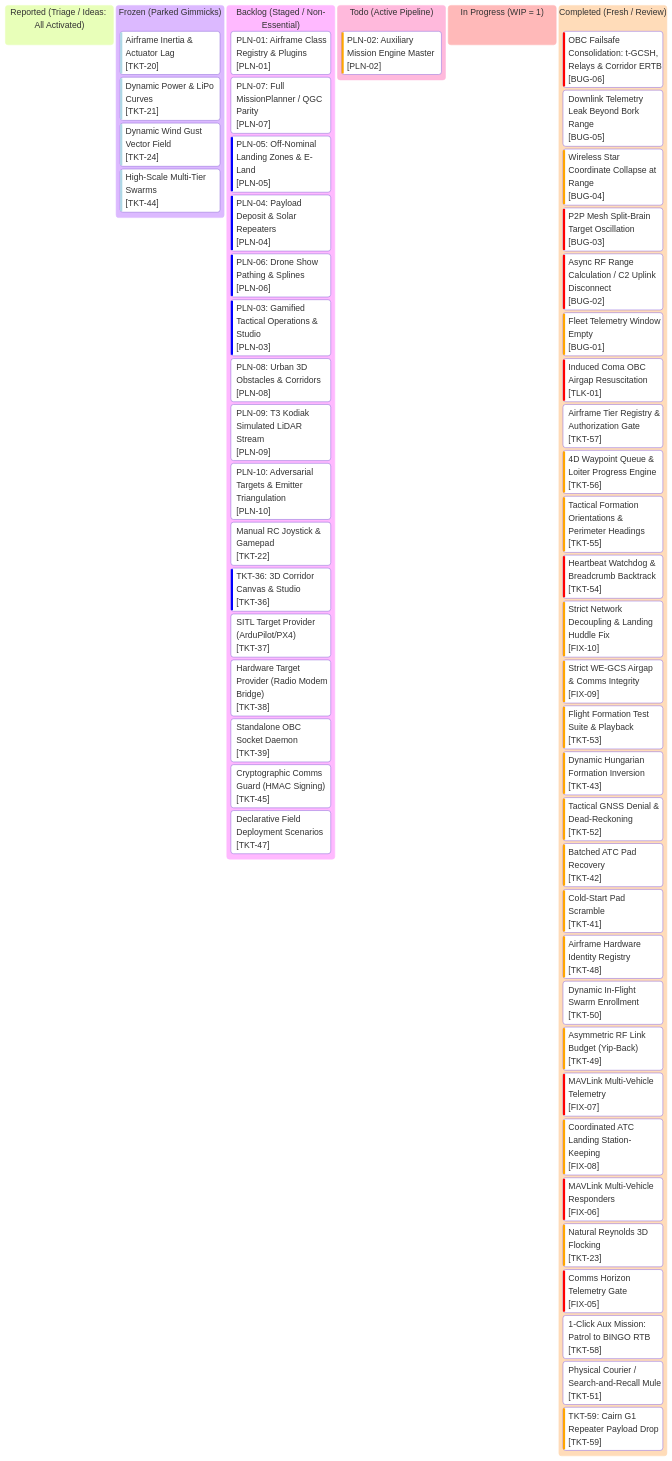
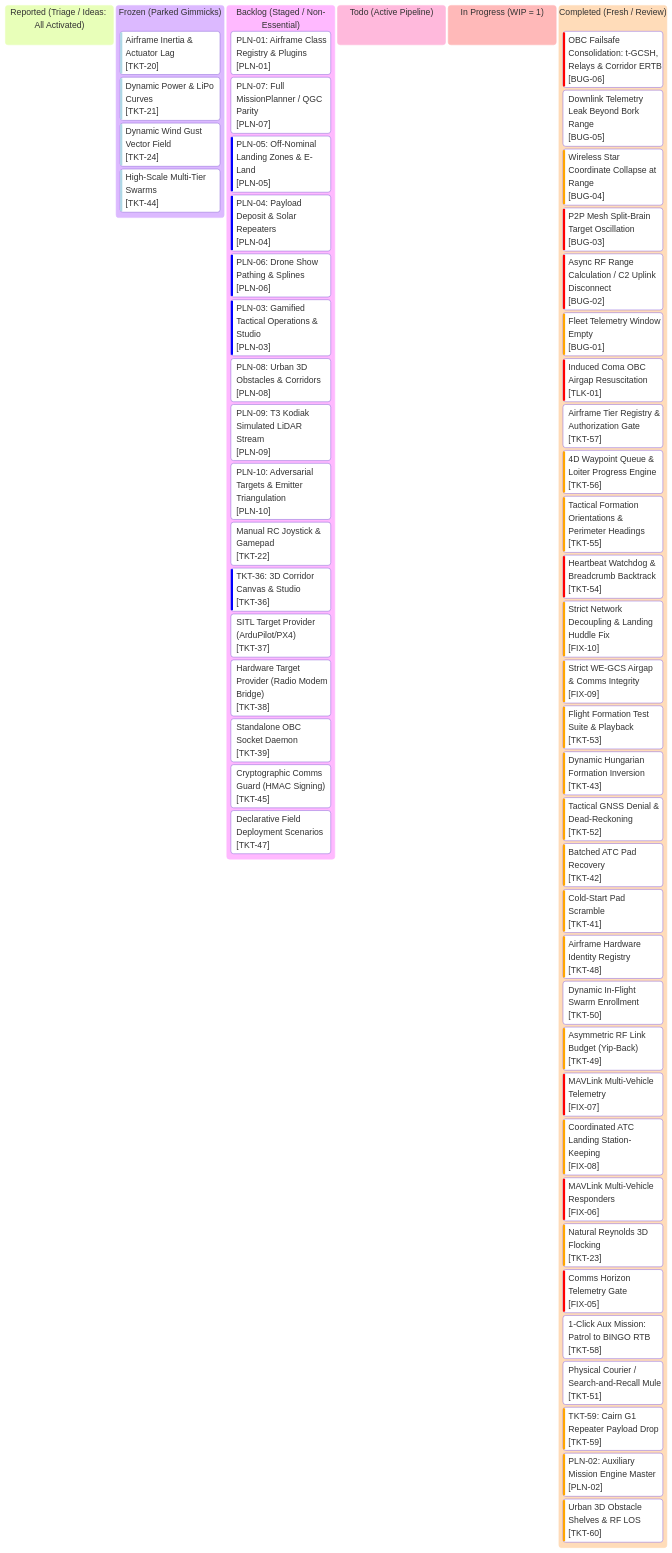
The diagram in roadmap/kanban.md (AlitheiaDeus/AlitheiaHive), drawn with Mermaid before and after one commit. The commit also changed other lines of this file and 7 other files, not shown here.

Commit message:
feat(sim): 3D urban obstacle shelves, structural clash & RF LOS shadowing (TKT-60)

````diff
--- a/roadmap/kanban.md
+++ b/roadmap/kanban.md
@@ -10,79 +10,80 @@
 ```mermaid
 %%{init: {
   'theme': 'base',
   'themeVariables': {
     'primaryColor': '#0d2235',
     'primaryTextColor': '#d4f4ff',
     'primaryBorderColor': '#00f0ff',
     'lineColor': '#00f0ff',
     'background': '#061019',
     'mainBkg': '#0a1926',
     'secondaryColor': '#081420',
     'secondaryTextColor': '#5a7e96',
     'secondaryBorderColor': '#134e6f',
     'tertiaryColor': '#0e263d',
     'tertiaryTextColor': '#00ffaa',
     'tertiaryBorderColor': '#00ffaa',
     'clusterBkg': '#081420',
     'clusterBorder': '#134e6f',
     'fontFamily': "'JetBrains Mono', 'Courier New', monospace"
   }
 }}%%
 kanban
   reported["Reported (Triage / Ideas: All Activated)"]
   frozen["Frozen (Parked Gimmicks)"]
     tkt20["Airframe Inertia & Actuator Lag"]@{ ticket: '[TKT-20]', priority: 'Very Low' }
     tkt21["Dynamic Power & LiPo Curves"]@{ ticket: '[TKT-21]', priority: 'Very Low' }
     tkt24["Dynamic Wind Gust Vector Field"]@{ ticket: '[TKT-24]', priority: 'Very Low' }
     tkt44["High-Scale Multi-Tier Swarms"]@{ ticket: '[TKT-44]', priority: 'Very Low' }
   backlog["Backlog (Staged / Non-Essential)"]
     pln01["PLN-01: Airframe Class Registry & Plugins"]@{ ticket: '[PLN-01]', priority: 'Medium' }
     pln07["PLN-07: Full MissionPlanner / QGC Parity"]@{ ticket: '[PLN-07]', priority: 'Medium' }
     pln05["PLN-05: Off-Nominal Landing Zones & E-Land"]@{ ticket: '[PLN-05]', priority: 'Low' }
     pln04["PLN-04: Payload Deposit & Solar Repeaters"]@{ ticket: '[PLN-04]', priority: 'Low' }
     pln06["PLN-06: Drone Show Pathing & Splines"]@{ ticket: '[PLN-06]', priority: 'Low' }
     pln03["PLN-03: Gamified Tactical Operations & Studio"]@{ ticket: '[PLN-03]', priority: 'Low' }
     pln08["PLN-08: Urban 3D Obstacles & Corridors"]@{ ticket: '[PLN-08]', priority: 'Medium' }
     pln09["PLN-09: T3 Kodiak Simulated LiDAR Stream"]@{ ticket: '[PLN-09]', priority: 'Medium' }
     pln10["PLN-10: Adversarial Targets & Emitter Triangulation"]@{ ticket: '[PLN-10]', priority: 'Medium' }
     tkt22["Manual RC Joystick & Gamepad"]@{ ticket: '[TKT-22]', priority: 'Medium' }
     tkt36["TKT-36: 3D Corridor Canvas & Studio"]@{ ticket: '[TKT-36]', priority: 'Low' }
     tkt37["SITL Target Provider (ArduPilot/PX4)"]@{ ticket: '[TKT-37]', priority: 'Medium' }
     tkt38["Hardware Target Provider (Radio Modem Bridge)"]@{ ticket: '[TKT-38]', priority: 'Medium' }
     tkt39["Standalone OBC Socket Daemon"]@{ ticket: '[TKT-39]', priority: 'Medium' }
     tkt45["Cryptographic Comms Guard (HMAC Signing)"]@{ ticket: '[TKT-45]', priority: 'Medium' }
     tkt47["Declarative Field Deployment Scenarios"]@{ ticket: '[TKT-47]', priority: 'Medium' }
   todo["Todo (Active Pipeline)"]
-    pln02["PLN-02: Auxiliary Mission Engine Master"]@{ ticket: '[PLN-02]', priority: 'High' }
   in_progress["In Progress (WIP = 1)"]
   completed["Completed (Fresh / Review)"]
     bug06["OBC Failsafe Consolidation: t-GCSH, Relays & Corridor ERTB"]@{ ticket: '[BUG-06]', priority: 'Very High' }
     bug05["Downlink Telemetry Leak Beyond Bork Range"]@{ ticket: '[BUG-05]', priority: 'Medium' }
     bug04["Wireless Star Coordinate Collapse at Range"]@{ ticket: '[BUG-04]', priority: 'High' }
     bug03["P2P Mesh Split-Brain Target Oscillation"]@{ ticket: '[BUG-03]', priority: 'Very High' }
     bug02["Async RF Range Calculation / C2 Uplink Disconnect"]@{ ticket: '[BUG-02]', priority: 'Very High' }
     bug01["Fleet Telemetry Window Empty"]@{ ticket: '[BUG-01]', priority: 'High' }
     tlk01["Induced Coma OBC Airgap Resuscitation"]@{ ticket: '[TLK-01]', priority: 'Very High' }
     tkt57["Airframe Tier Registry & Authorization Gate"]@{ ticket: '[TKT-57]', priority: 'Medium' }
     tkt56["4D Waypoint Queue & Loiter Progress Engine"]@{ ticket: '[TKT-56]', priority: 'High' }
     tkt55["Tactical Formation Orientations & Perimeter Headings"]@{ ticket: '[TKT-55]', priority: 'High' }
     tkt54["Heartbeat Watchdog & Breadcrumb Backtrack"]@{ ticket: '[TKT-54]', priority: 'Very High' }
     fix10["Strict Network Decoupling & Landing Huddle Fix"]@{ ticket: '[FIX-10]', priority: 'High' }
     fix09["Strict WE-GCS Airgap & Comms Integrity"]@{ ticket: '[FIX-09]', priority: 'High' }
     tkt53["Flight Formation Test Suite & Playback"]@{ ticket: '[TKT-53]', priority: 'High' }
     tkt43["Dynamic Hungarian Formation Inversion"]@{ ticket: '[TKT-43]', priority: 'High' }
     tkt52["Tactical GNSS Denial & Dead-Reckoning"]@{ ticket: '[TKT-52]', priority: 'High' }
     tkt42["Batched ATC Pad Recovery"]@{ ticket: '[TKT-42]', priority: 'High' }
     tkt41["Cold-Start Pad Scramble"]@{ ticket: '[TKT-41]', priority: 'High' }
     tkt48["Airframe Hardware Identity Registry"]@{ ticket: '[TKT-48]', priority: 'High' }
     tkt50["Dynamic In-Flight Swarm Enrollment"]@{ ticket: '[TKT-50]', priority: 'Medium' }
     tkt49["Asymmetric RF Link Budget (Yip-Back)"]@{ ticket: '[TKT-49]', priority: 'High' }
     fix07["MAVLink Multi-Vehicle Telemetry"]@{ ticket: '[FIX-07]', priority: 'Very High' }
     fix08["Coordinated ATC Landing Station-Keeping"]@{ ticket: '[FIX-08]', priority: 'High' }
     fix06["MAVLink Multi-Vehicle Responders"]@{ ticket: '[FIX-06]', priority: 'Very High' }
     tkt23["Natural Reynolds 3D Flocking"]@{ ticket: '[TKT-23]', priority: 'High' }
     fix05["Comms Horizon Telemetry Gate"]@{ ticket: '[FIX-05]', priority: 'Very High' }
     tkt58["1-Click Aux Mission: Patrol to BINGO RTB"]@{ ticket: '[TKT-58]', priority: 'Medium' }
     tkt51["Physical Courier / Search-and-Recall Mule"]@{ ticket: '[TKT-51]', priority: 'Medium' }
     tkt59["TKT-59: Cairn G1 Repeater Payload Drop"]@{ ticket: '[TKT-59]', priority: 'High' }
+    pln02["PLN-02: Auxiliary Mission Engine Master"]@{ ticket: '[PLN-02]', priority: 'High' }
+    tkt60["Urban 3D Obstacle Shelves & RF LOS"]@{ ticket: '[TKT-60]', priority: 'High' }
 ```
````
